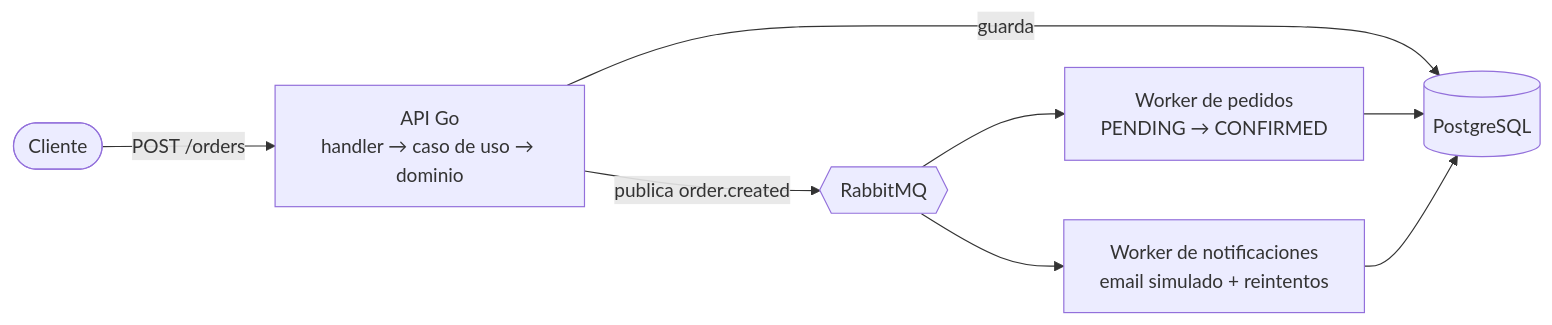
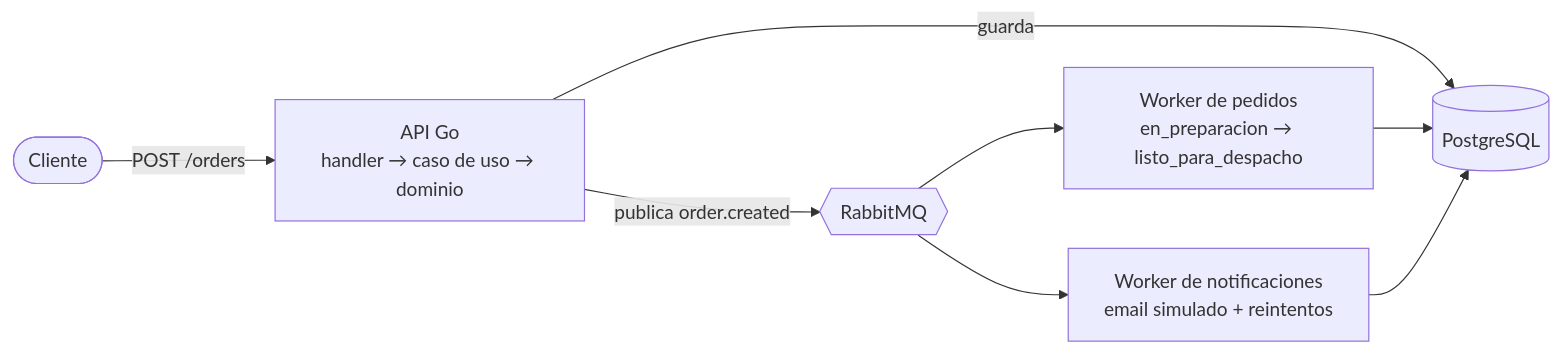
Before and after one commit to josemiguellopez/bootcamp_go_xintec: the first of 2 diagrams in README.md, drawn with Mermaid. The commit also changed other lines of this file and 11 other files, not shown here.

````diff
--- a/README.md
+++ b/README.md
@@ -9,10 +9,10 @@
 ```mermaid
 flowchart LR
     C([Cliente]) -->|POST /orders| API["API Go<br/>handler → caso de uso → dominio"]
     API -->|guarda| PG[(PostgreSQL)]
     API -->|publica order.created| MQ{{RabbitMQ}}
-    MQ --> W1["Worker de pedidos<br/>PENDING → CONFIRMED"]
+    MQ --> W1["Worker de pedidos<br/>en_preparacion → listo_para_despacho"]
     MQ --> W2["Worker de notificaciones<br/>email simulado + reintentos"]
     W1 --> PG
     W2 --> PG
 ```
````
